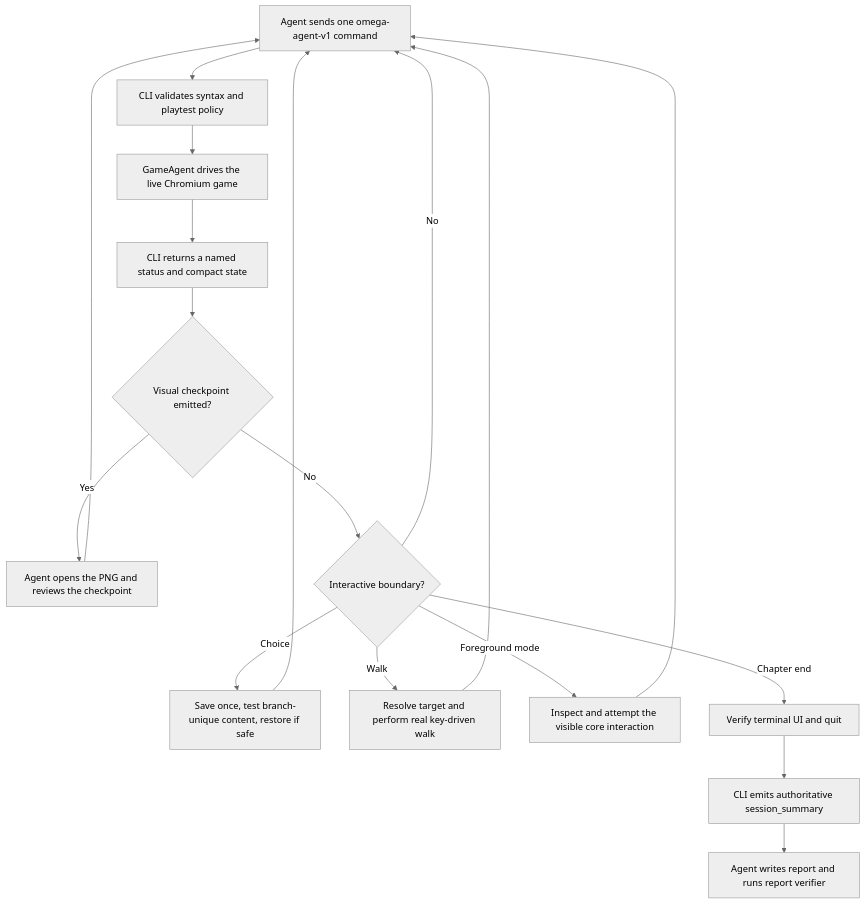
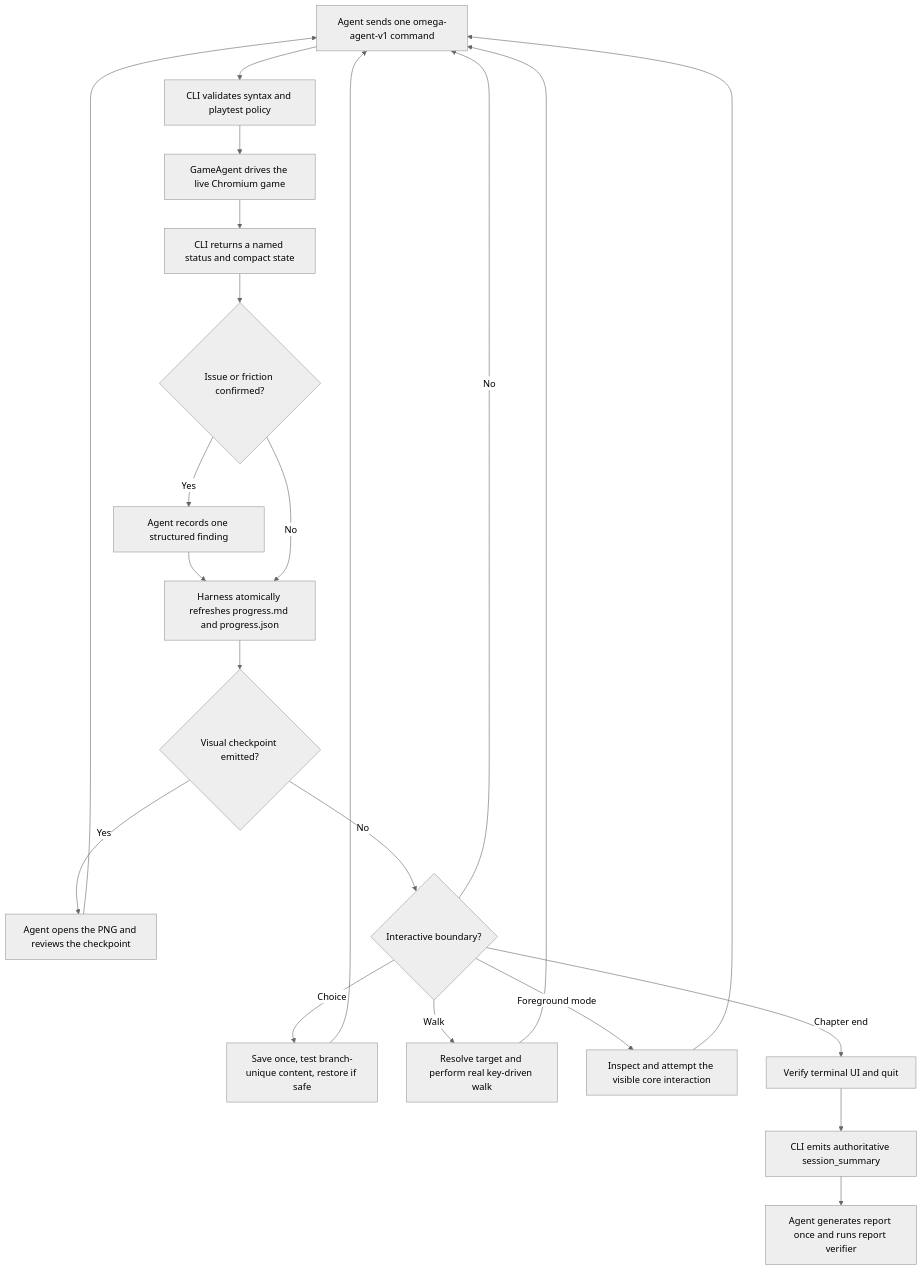
The diagram in docs/HUMAN_PLAYTESTING_REFERENCE.md (eric-s-ai-slop/rockville-syndicate), drawn with Mermaid (neutral theme) before and after one commit. The commit also changed other lines of this file and 15 other files, not shown here.

````diff
--- a/docs/HUMAN_PLAYTESTING_REFERENCE.md
+++ b/docs/HUMAN_PLAYTESTING_REFERENCE.md
@@ -7,20 +7,24 @@
 ```mermaid
 flowchart TD
     A["Agent sends one omega-agent-v1 command"] --> B["CLI validates syntax and playtest policy"]
     B --> C["GameAgent drives the live Chromium game"]
     C --> D["CLI returns a named status and compact state"]
-    D --> E{"Visual checkpoint emitted?"}
+    D --> Q{"Issue or friction confirmed?"}
+    Q -- Yes --> R["Agent records one structured finding"]
+    R --> P["Harness atomically refreshes progress.md and progress.json"]
+    Q -- No --> P
+    P --> E{"Visual checkpoint emitted?"}
     E -- Yes --> F["Agent opens the PNG and reviews the checkpoint"]
     F --> A
     E -- No --> G{"Interactive boundary?"}
     G -- "Choice" --> H["Save once, test branch-unique content, restore if safe"]
     G -- "Walk" --> I["Resolve target and perform real key-driven walk"]
     G -- "Foreground mode" --> J["Inspect and attempt the visible core interaction"]
     G -- "Chapter end" --> K["Verify terminal UI and quit"]
     G -- "No" --> A
     H --> A
     I --> A
     J --> A
     K --> L["CLI emits authoritative session_summary"]
-    L --> M["Agent writes report and runs report verifier"]
+    L --> M["Agent generates report once and runs report verifier"]
 ```
````
